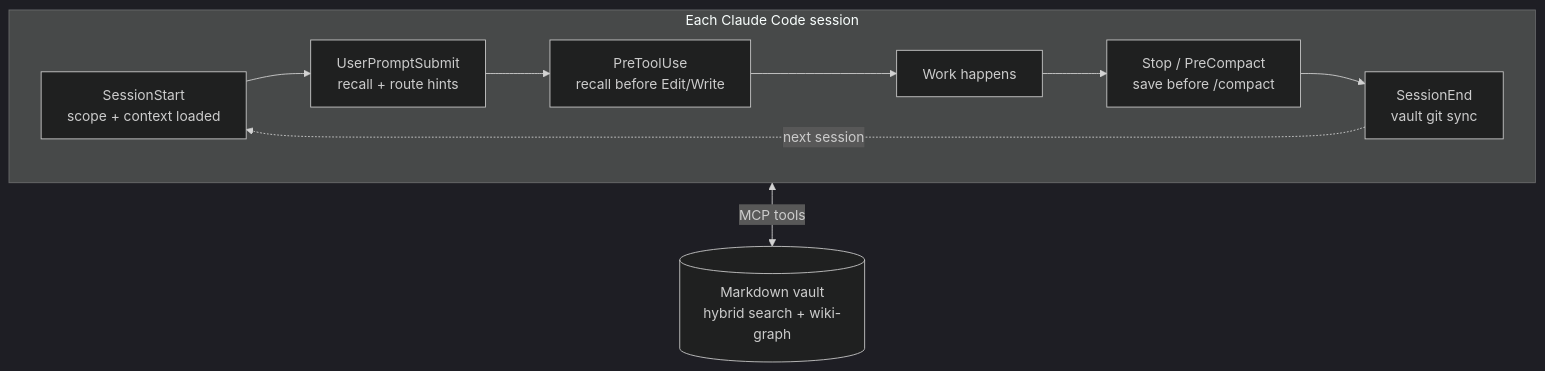
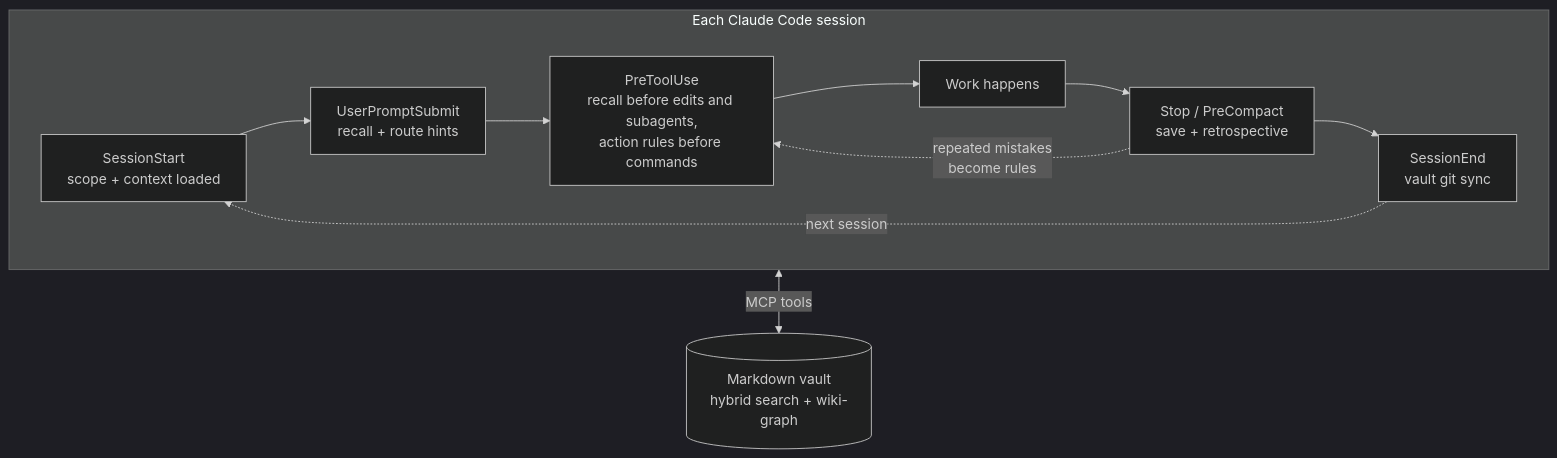
Before and after one commit to Krill113/symbiosis-brain: the diagram in README.md, drawn with Mermaid (dark theme). The commit also changed other lines of this file and 7 other files, not shown here.

````diff
--- a/README.md
+++ b/README.md
@@ -99,13 +133,14 @@
 ```mermaid
 flowchart TD
     subgraph session[Each Claude Code session]
         direction LR
         SS[SessionStart<br/>scope + context loaded] --> UP[UserPromptSubmit<br/>recall + route hints]
-        UP --> PT[PreToolUse<br/>recall before Edit/Write]
+        UP --> PT[PreToolUse<br/>recall before edits and subagents,<br/>action rules before commands]
         PT --> WK[Work happens]
-        WK --> ST[Stop / PreCompact<br/>save before /compact]
+        WK --> ST[Stop / PreCompact<br/>save + retrospective]
         ST --> SE[SessionEnd<br/>vault git sync]
     end
     WK <-->|MCP tools| V[(Markdown vault<br/>hybrid search + wiki-graph)]
+    ST -.->|repeated mistakes<br/>become rules| PT
     SE -.->|next session| SS
 ```
````
